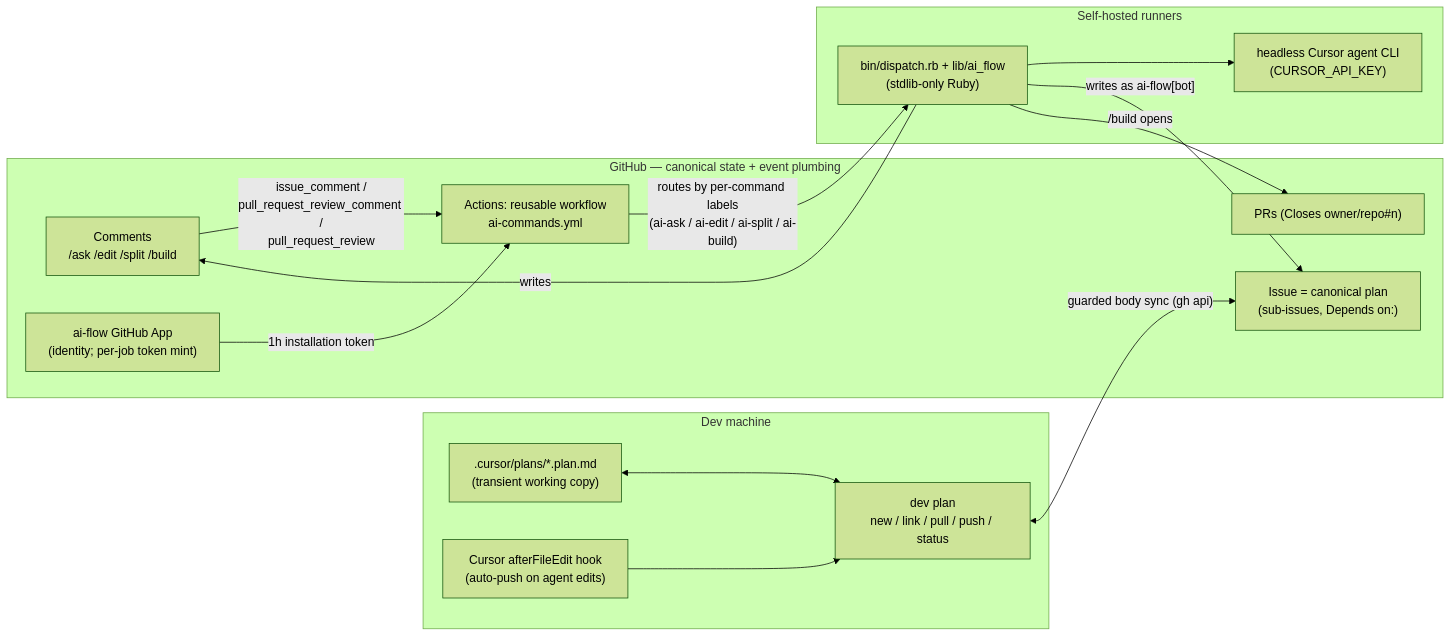
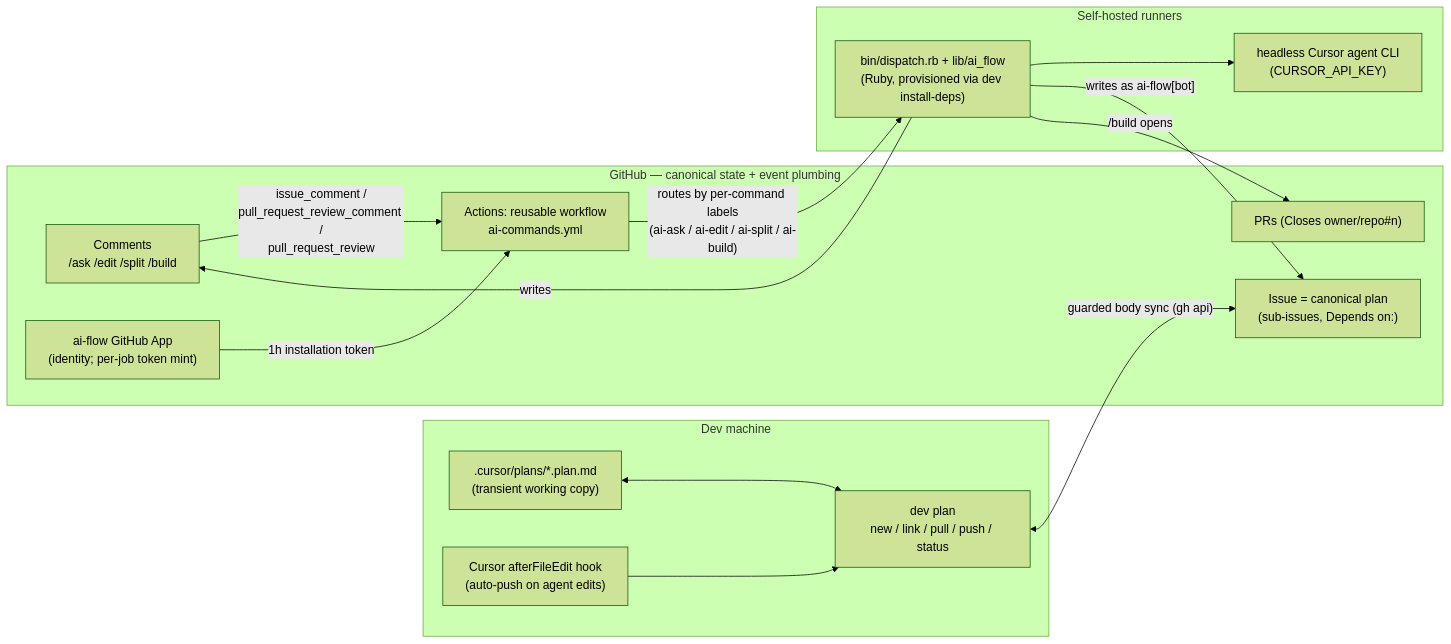
The first of 6 diagrams in docs/architecture.md (d3mlabs/ai-flow), drawn with Mermaid (forest theme) before and after one commit. The commit also changed other lines of this file and 74 other files, not shown here.

First line of the commit message:
Adopt Sorbet with a dev-provisioned runtime

````diff
--- a/docs/architecture.md
+++ b/docs/architecture.md
@@ -17,32 +17,32 @@
 ```mermaid
 flowchart LR
     subgraph localZone [Dev machine]
         planFile[".cursor/plans/*.plan.md<br/>(transient working copy)"]
         devPlan["dev plan<br/>new / link / pull / push / status"]
         hook["Cursor afterFileEdit hook<br/>(auto-push on agent edits)"]
     end
 
     subgraph githubZone [GitHub — canonical state + event plumbing]
         issue["Issue = canonical plan<br/>(sub-issues, Depends on:)"]
         comments["Comments<br/>/ask /edit /split /build"]
         pr["PRs (Closes owner/repo#n)"]
         actions["Actions: reusable workflow<br/>ai-commands.yml"]
         app["ai-flow GitHub App<br/>(identity; per-job token mint)"]
     end
 
     subgraph runnerZone [Self-hosted runners]
-        dispatcher["bin/dispatch.rb + lib/ai_flow<br/>(stdlib-only Ruby)"]
+        dispatcher["bin/dispatch.rb + lib/ai_flow<br/>(Ruby, provisioned via dev install-deps)"]
         agentCli["headless Cursor agent CLI<br/>(CURSOR_API_KEY)"]
     end
 
     planFile <--> devPlan
     hook --> devPlan
     devPlan <-->|"guarded body sync (gh api)"| issue
     comments -->|"issue_comment /<br/>pull_request_review_comment /<br/>pull_request_review"| actions
     actions -->|"routes by per-command labels<br/>(ai-ask / ai-edit / ai-split / ai-build)"| dispatcher
     app -->|"1h installation token"| actions
     dispatcher --> agentCli
     dispatcher -->|"writes as ai-flow[bot]"| issue
     dispatcher -->|writes| comments
     dispatcher -->|"/build opens"| pr
 ```
````
